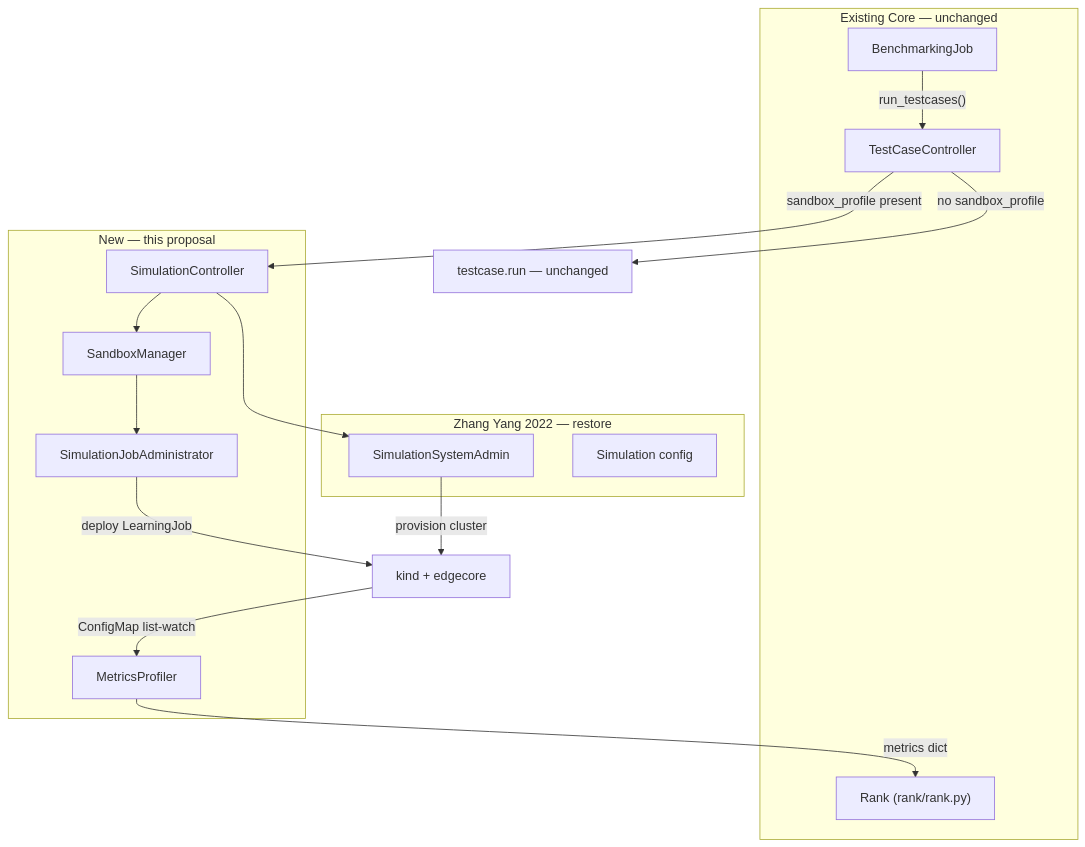
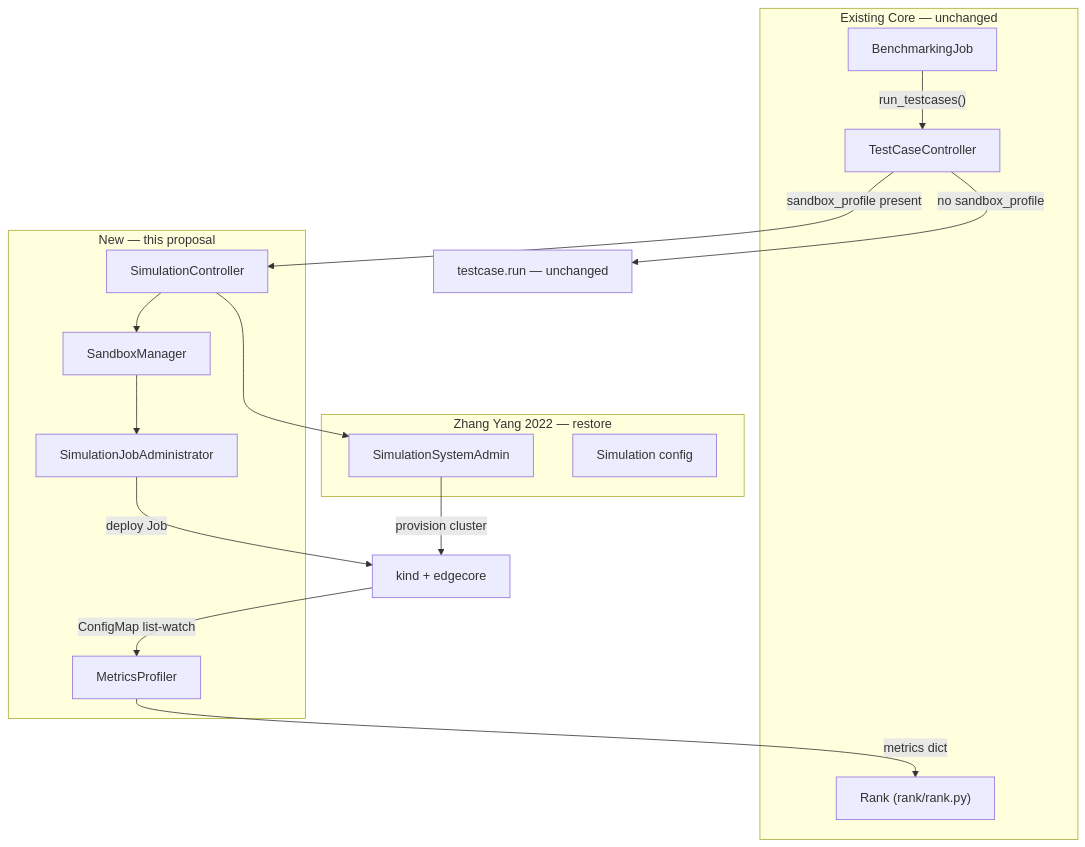
One commit to kubeedge/ianvs changed the first of 2 diagrams in docs/proposals/simulation/sandbox-engine/sandbox-engine.md. Above: the diagram before and after it, drawn with Mermaid. The commit also changed other lines of this file and 2 other files, not shown here.

````diff
--- a/docs/proposals/simulation/sandbox-engine/sandbox-engine.md
+++ b/docs/proposals/simulation/sandbox-engine/sandbox-engine.md
@@ -317,31 +435,31 @@
 ```mermaid
 flowchart TB
     subgraph EXIST["Existing Core — unchanged"]
         BJ["BenchmarkingJob"]
         TCC["TestCaseController"]
         RK["Rank (rank/rank.py)"]
     end
 
     subgraph ZY["Zhang Yang 2022 — restore"]
         SSA["SimulationSystemAdmin"]
         SIMCFG["Simulation config"]
     end
 
     subgraph NEW["New — this proposal"]
         SC["SimulationController"]
         SBM["SandboxManager"]
         SJA["SimulationJobAdministrator"]
         MP["MetricsProfiler"]
     end
 
     BJ -- "run_testcases()" --> TCC
     TCC -- "no sandbox_profile" --> DIRECT["testcase.run — unchanged"]
     TCC -- "sandbox_profile present" --> SC
     SC --> SSA
     SC --> SBM
     SSA -- "provision cluster" --> MB["kind + edgecore"]
     SBM --> SJA
-    SJA -- "deploy LearningJob" --> MB
+    SJA -- "deploy Job" --> MB
     MB -- "ConfigMap list-watch" --> MP
     MP -- "metrics dict" --> RK
 ```
````
